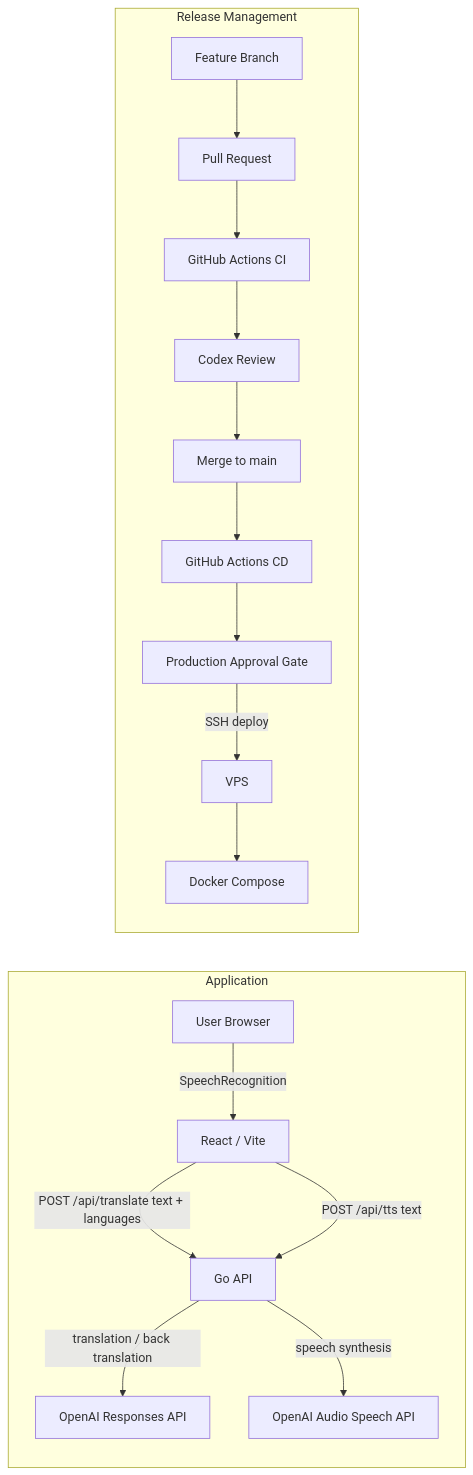
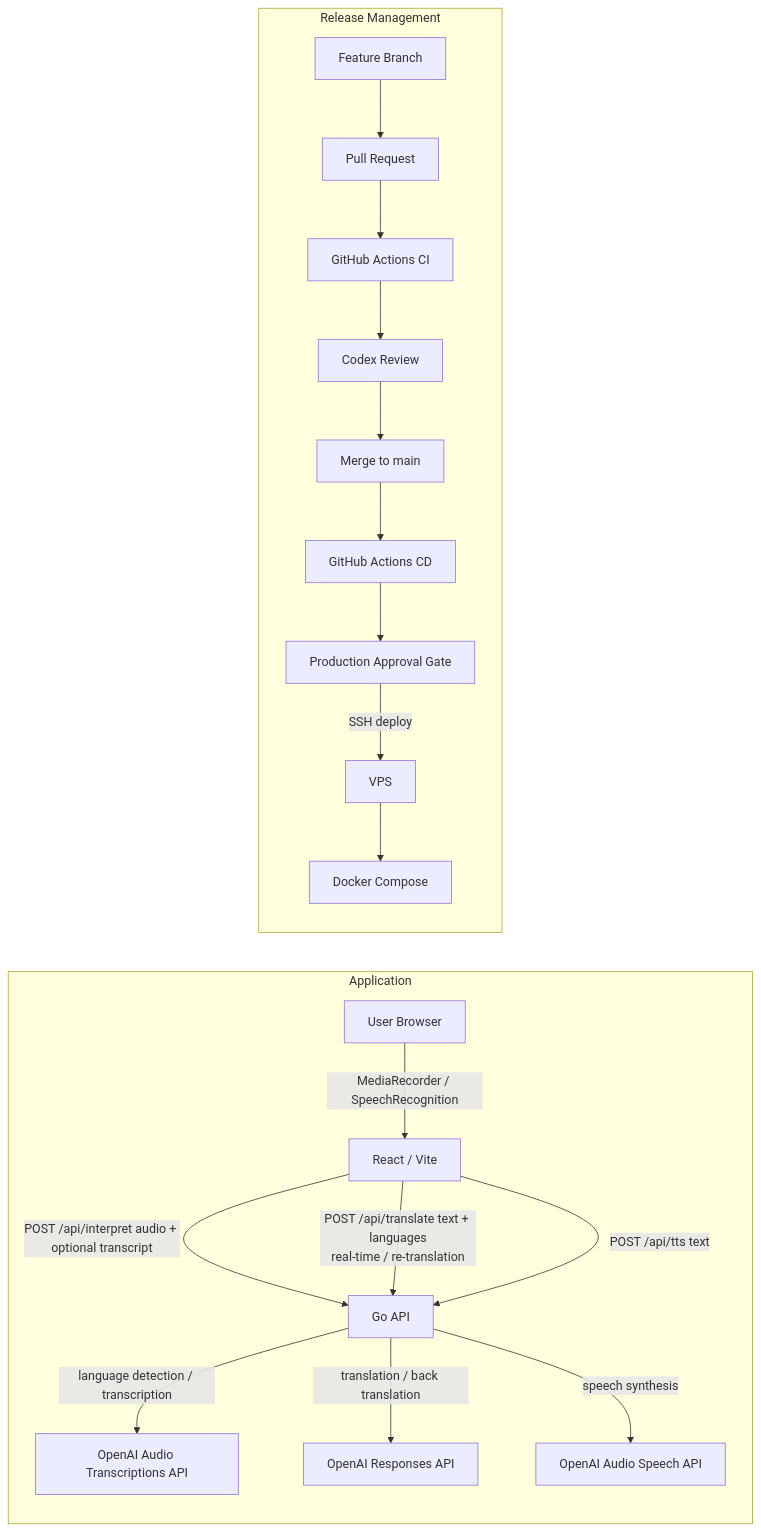
The diagram in README.md (shin-arita/gotalk), drawn with Mermaid before and after one commit. The commit also changed other lines of this file and 10 other files, not shown here.

First line of the commit message:
docs: ドキュメントを現行実装（/api/interpret 構成）に合わせて修正

````diff
--- a/README.md
+++ b/README.md
@@ -46,21 +48,23 @@
 ```mermaid
 flowchart LR
   subgraph App[Application]
-    User[User Browser] -->|SpeechRecognition| Frontend[React / Vite]
-    Frontend -->|POST /api/translate text + languages| Backend[Go API]
+    User[User Browser] -->|MediaRecorder / SpeechRecognition| Frontend[React / Vite]
+    Frontend -->|POST /api/interpret audio + optional transcript| Backend[Go API]
+    Frontend -->|POST /api/translate text + languages<br/>real-time / re-translation| Backend
     Frontend -->|POST /api/tts text| Backend
+    Backend -->|language detection / transcription| Transcriptions[OpenAI Audio Transcriptions API]
     Backend -->|translation / back translation| Responses[OpenAI Responses API]
     Backend -->|speech synthesis| Speech[OpenAI Audio Speech API]
   end
 
   subgraph Release[Release Management]
     Feature[Feature Branch] --> PR[Pull Request]
     PR --> CI[GitHub Actions CI]
     CI --> Review[Codex Review]
     Review --> Main[Merge to main]
     Main --> CD[GitHub Actions CD]
     CD --> Approval[Production Approval Gate]
     Approval -->|SSH deploy| VPS[VPS]
     VPS --> Docker[Docker Compose]
   end
 ```
````
